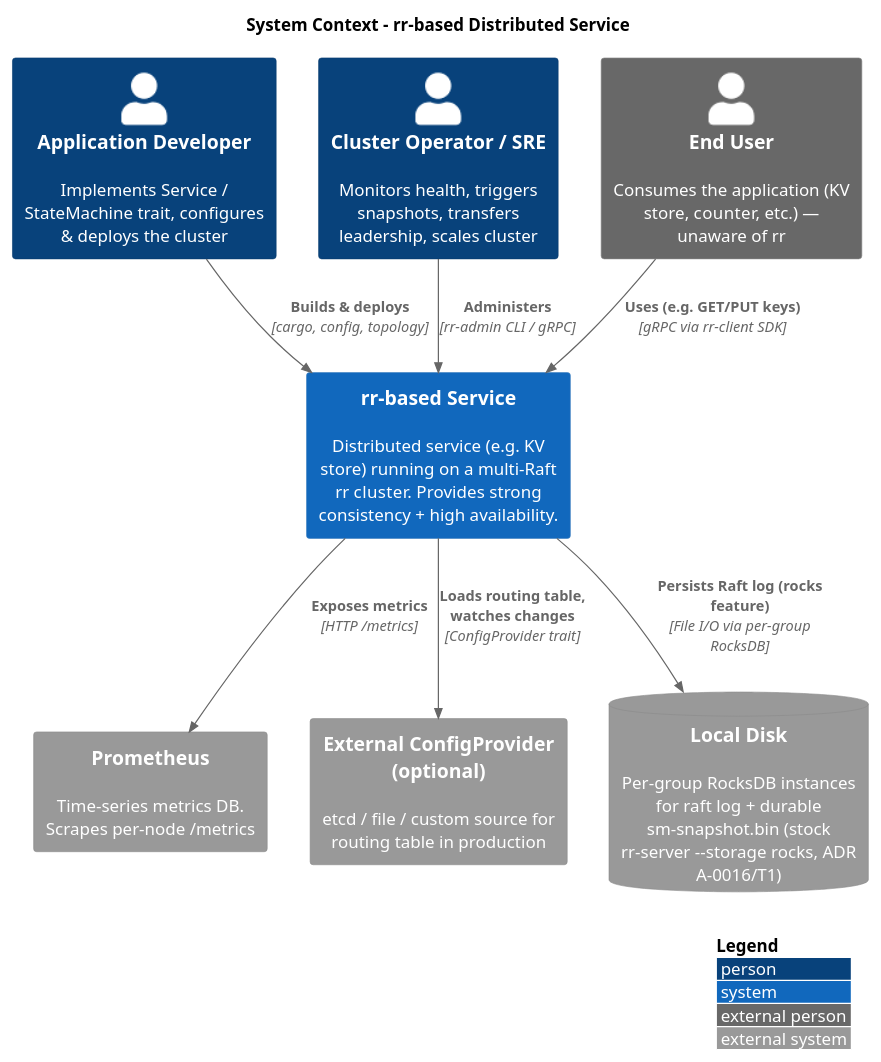
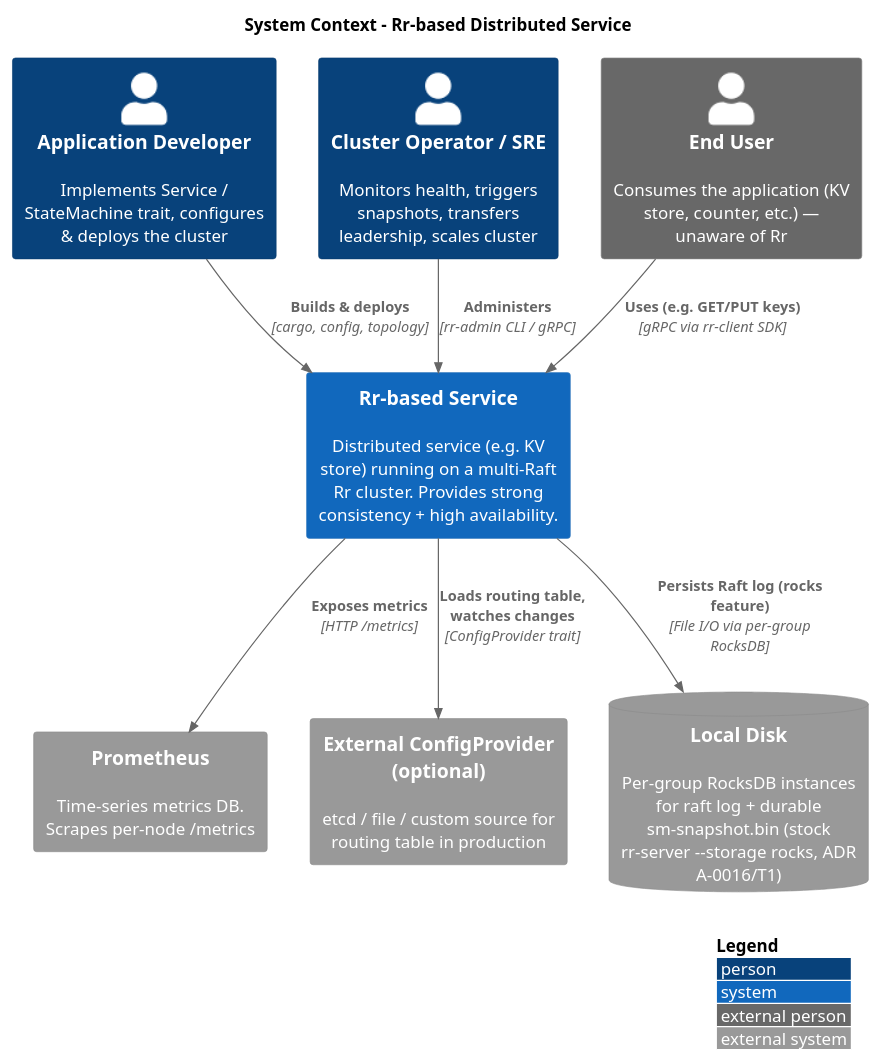
The diagram in docs/docs/architecture/c4/context.md (gardenias/rr), drawn with PlantUML before and after one commit. The commit also changed other lines of this file and 79 other files, not shown here.

````diff
--- a/docs/docs/architecture/c4/context.md
+++ b/docs/docs/architecture/c4/context.md
@@ -13,26 +13,26 @@
 ```plantuml
 @startuml
 !include <C4/C4_Context.puml>
 
-title System Context - rr-based Distributed Service
+title System Context - Rr-based Distributed Service
 
 Person(developer, "Application Developer", "Implements Service / StateMachine trait, configures & deploys the cluster")
 Person(operator, "Cluster Operator / SRE", "Monitors health, triggers snapshots, transfers leadership, scales cluster")
-Person_Ext(end_user, "End User", "Consumes the application (KV store, counter, etc.) — unaware of rr")
+Person_Ext(end_user, "End User", "Consumes the application (KV store, counter, etc.) — unaware of Rr")
 
-System(rr_service, "rr-based Service", "Distributed service (e.g. KV store) running on a multi-Raft rr cluster. Provides strong consistency + high availability.")
+System(rr_service, "Rr-based Service", "Distributed service (e.g. KV store) running on a multi-Raft Rr cluster. Provides strong consistency + high availability.")
 
 System_Ext(prometheus, "Prometheus", "Time-series metrics DB. Scrapes per-node /metrics")
 System_Ext(config_store, "External ConfigProvider (optional)", "etcd / file / custom source for routing table in production")
 SystemDb_Ext(disk, "Local Disk", "Per-group RocksDB instances for raft log + durable sm-snapshot.bin (stock rr-server --storage rocks, ADR A-0016/T1)")
 
 Rel(end_user, rr_service, "Uses (e.g. GET/PUT keys)", "gRPC via rr-client SDK")
 Rel(developer, rr_service, "Builds & deploys", "cargo, config, topology")
 Rel(operator, rr_service, "Administers", "rr-admin CLI / gRPC")
 Rel(rr_service, prometheus, "Exposes metrics", "HTTP /metrics")
 Rel(rr_service, disk, "Persists Raft log (rocks feature)", "File I/O via per-group RocksDB")
 Rel(rr_service, config_store, "Loads routing table, watches changes", "ConfigProvider trait")
 
 LAYOUT_WITH_LEGEND()
 @enduml
 ```
````
